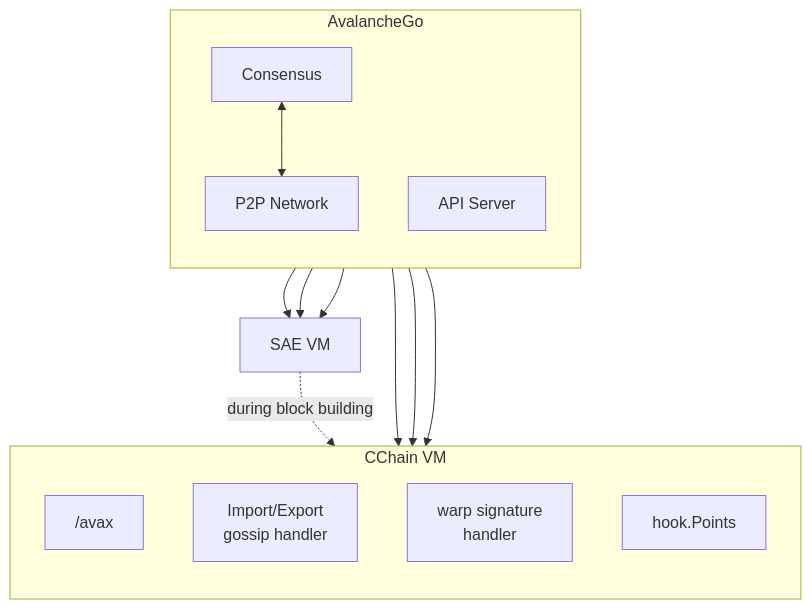
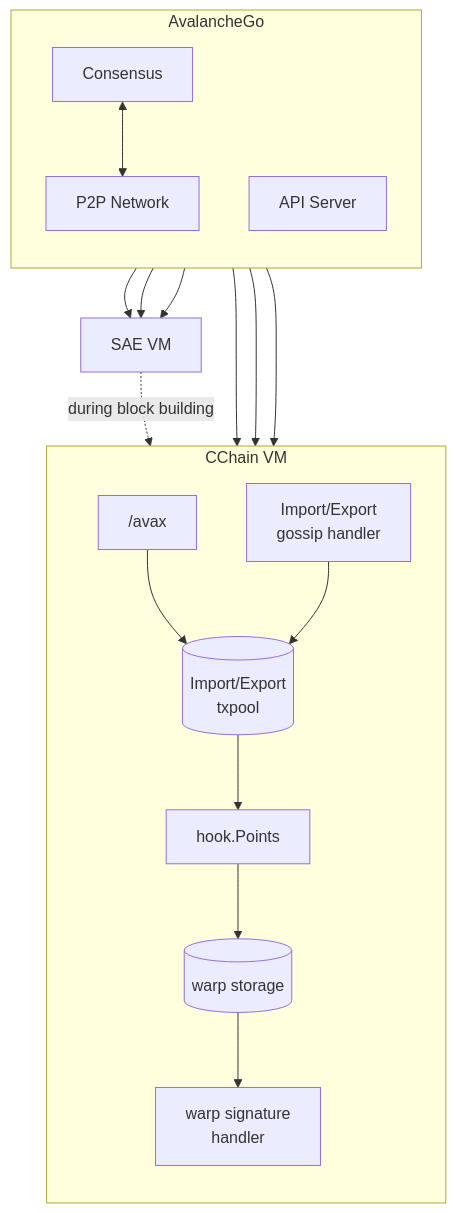
One commit to ava-labs/avalanchego changed the first of 4 diagrams in vms/saevm/cchain/README.md. Above: the diagram before and after it, drawn with Mermaid. The commit also changed other lines of this file, not shown here.

````diff
--- a/vms/saevm/cchain/README.md
+++ b/vms/saevm/cchain/README.md
@@ -9,29 +9,37 @@
 ```mermaid
 flowchart TB
     subgraph avago["AvalancheGo"]
         direction TB
         consensus["Consensus"]
         p2pin["P2P Network"]
         httpd["API Server"]
         consensus <--> p2pin
     end
 
     saevm["SAE VM"]
 
     subgraph cchain["CChain VM"]
         direction TB
         cc_rpc["/avax"]
         cc_iegossip["Import/Export<br/>gossip handler"]
         cc_warp["warp signature<br/>handler"]
+        cc_pool[("Import/Export<br/>txpool")]
+        cc_warp_store[("warp storage")]
         cc_hook["hook.Points"]
     end
 
     consensus --> saevm
     p2pin --> saevm
     p2pin --> cc_iegossip
     p2pin --> cc_warp
     httpd --> saevm
     httpd --> cc_rpc
 
     saevm -.->|"during block building"| cc_hook
+
+    cc_rpc --> cc_pool
+    cc_iegossip --> cc_pool
+    cc_pool --> cc_hook
+    cc_hook --> cc_warp_store
+    cc_warp_store --> cc_warp
 ```
````
